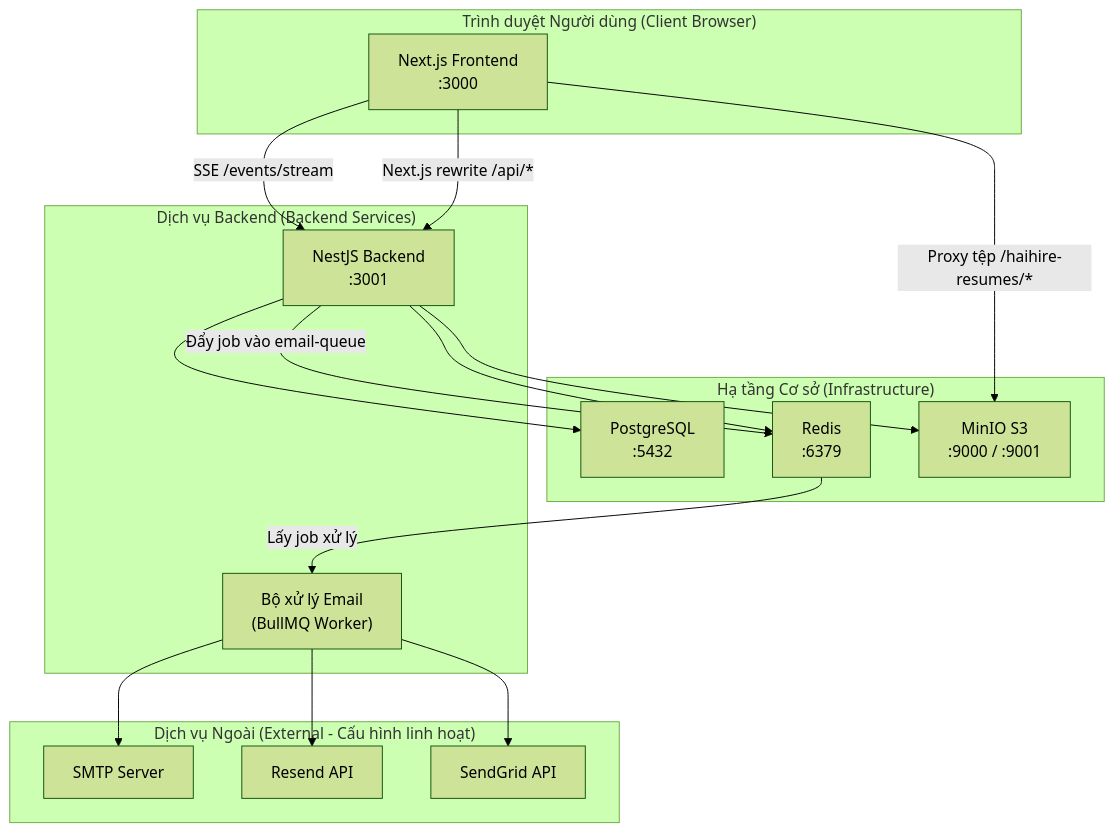
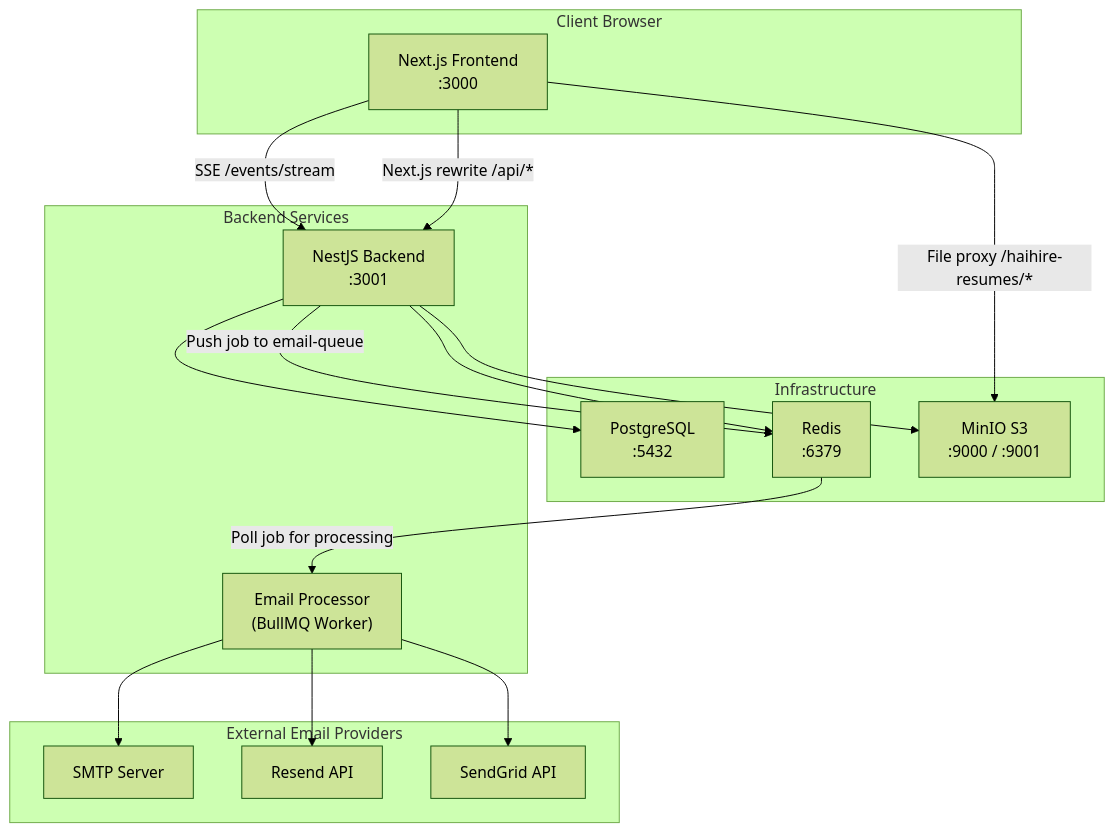
The diagram in docs/audits/archive/phase-01-to-10/phase-1-static-audit-report.md (ntuan2502/haihire), drawn with Mermaid (forest theme) before and after one commit. The commit also changed other lines of this file and 58 other files, not shown here.

````diff
--- a/docs/audits/archive/phase-01-to-10/phase-1-static-audit-report.md
+++ b/docs/audits/archive/phase-01-to-10/phase-1-static-audit-report.md
@@ -48,35 +48,35 @@
 ```mermaid
 graph TB
-    subgraph "Trình duyệt Người dùng (Client Browser)"
+    subgraph "Client Browser"
         FE["Next.js Frontend<br/>:3000"]
     end
 
-    subgraph "Dịch vụ Backend (Backend Services)"
+    subgraph "Backend Services"
         BE["NestJS Backend<br/>:3001"]
-        EP["Bộ xử lý Email<br/>(BullMQ Worker)"]
+        EP["Email Processor<br/>(BullMQ Worker)"]
     end
 
-    subgraph "Hạ tầng Cơ sở (Infrastructure)"
+    subgraph "Infrastructure"
         PG["PostgreSQL<br/>:5432"]
         REDIS["Redis<br/>:6379"]
         MINIO["MinIO S3<br/>:9000 / :9001"]
     end
 
-    subgraph "Dịch vụ Ngoài (External - Cấu hình linh hoạt)"
+    subgraph "External Email Providers"
         SMTP["SMTP Server"]
         RESEND["Resend API"]
         SG["SendGrid API"]
     end
 
     FE -- "Next.js rewrite /api/*" --> BE
     FE -- "SSE /events/stream" --> BE
-    FE -- "Proxy tệp /haihire-resumes/*" --> MINIO
+    FE -- "File proxy /haihire-resumes/*" --> MINIO
     BE --> PG
     BE --> REDIS
     BE --> MINIO
-    BE -- "Đẩy job vào email-queue" --> REDIS
-    REDIS -- "Lấy job xử lý" --> EP
+    BE -- "Push job to email-queue" --> REDIS
+    REDIS -- "Poll job for processing" --> EP
     EP --> SMTP
     EP --> RESEND
     EP --> SG
 ```
````
